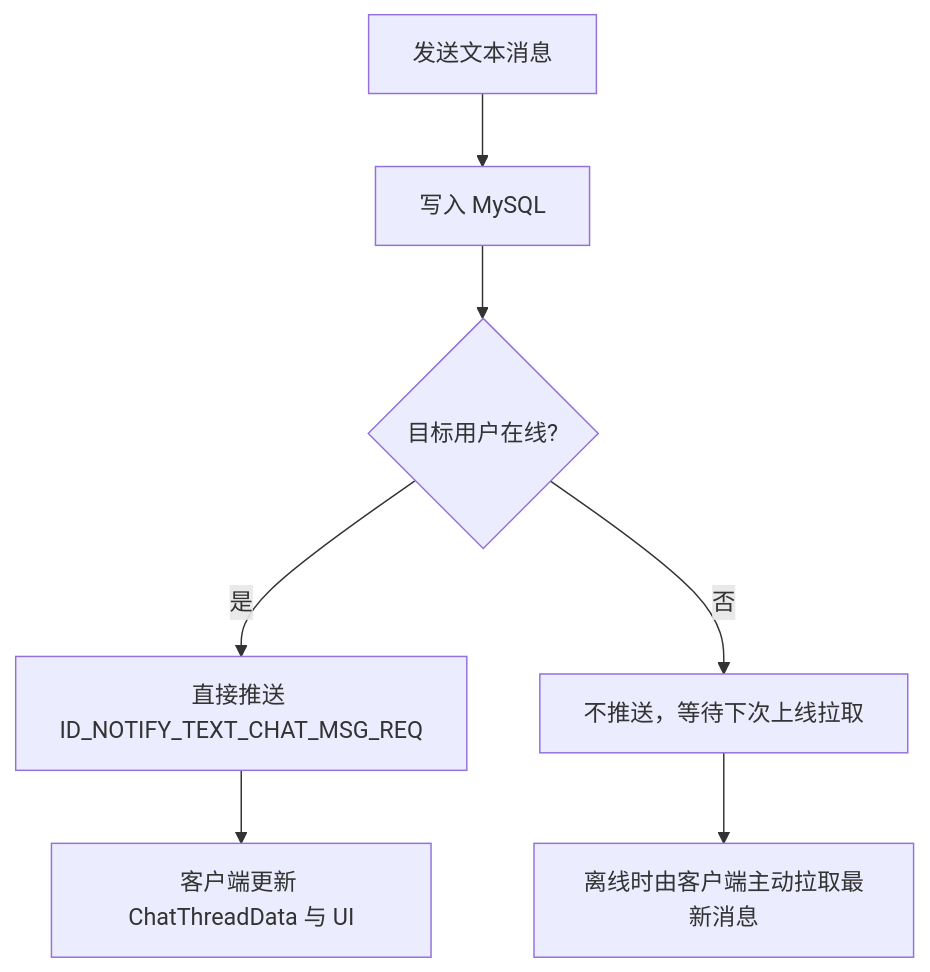
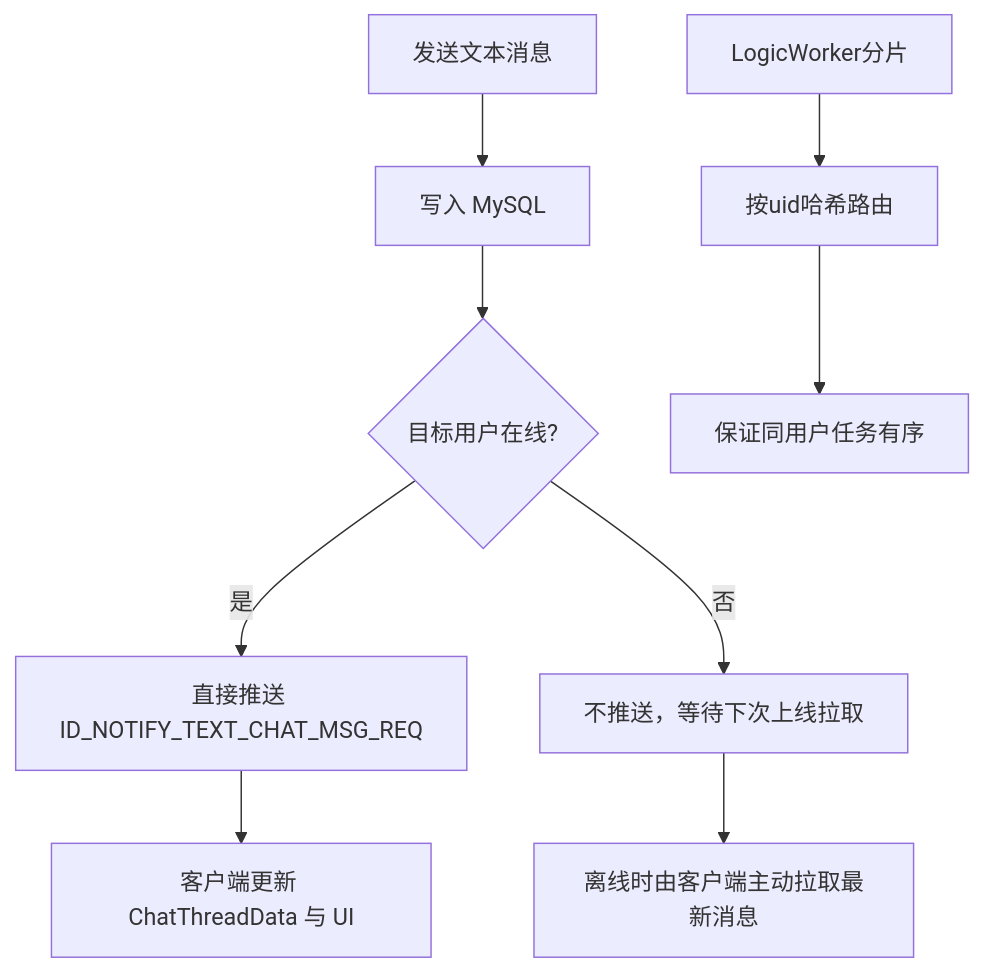
The eighth of 9 diagrams in .qoder/repowiki/zh/content/服务端开发/ChatServer聊天核心服务/业务逻辑系统/线程管理.md (echo9923/mychatter), drawn with Mermaid before and after one commit. The commit also changed other lines of this file and 54 other files, not shown here.

````diff
--- a/.qoder/repowiki/zh/content/服务端开发/ChatServer聊天核心服务/业务逻辑系统/线程管理.md
+++ b/.qoder/repowiki/zh/content/服务端开发/ChatServer聊天核心服务/业务逻辑系统/线程管理.md
@@ -291,9 +364,11 @@
 ```mermaid
 flowchart TD
 A["发送文本消息"] --> B["写入 MySQL"]
 B --> C{"目标用户在线?"}
 C --> |是| D["直接推送 ID_NOTIFY_TEXT_CHAT_MSG_REQ"]
 C --> |否| E["不推送，等待下次上线拉取"]
 D --> F["客户端更新 ChatThreadData 与 UI"]
 E --> G["离线时由客户端主动拉取最新消息"]
+H["LogicWorker分片"] --> I["按uid哈希路由"]
+I --> J["保证同用户任务有序"]
 ```
````
